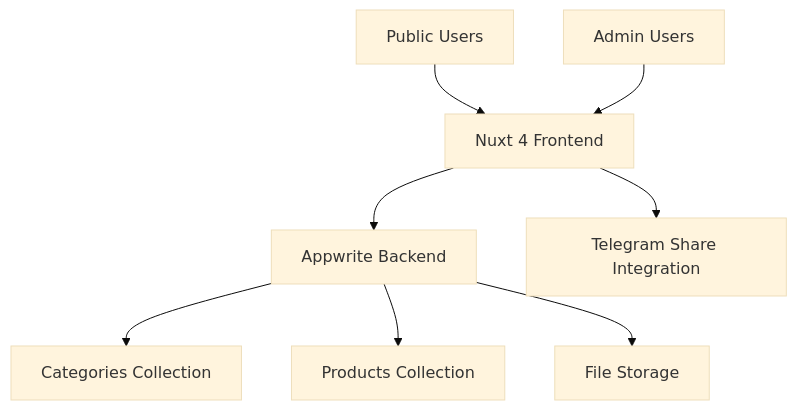
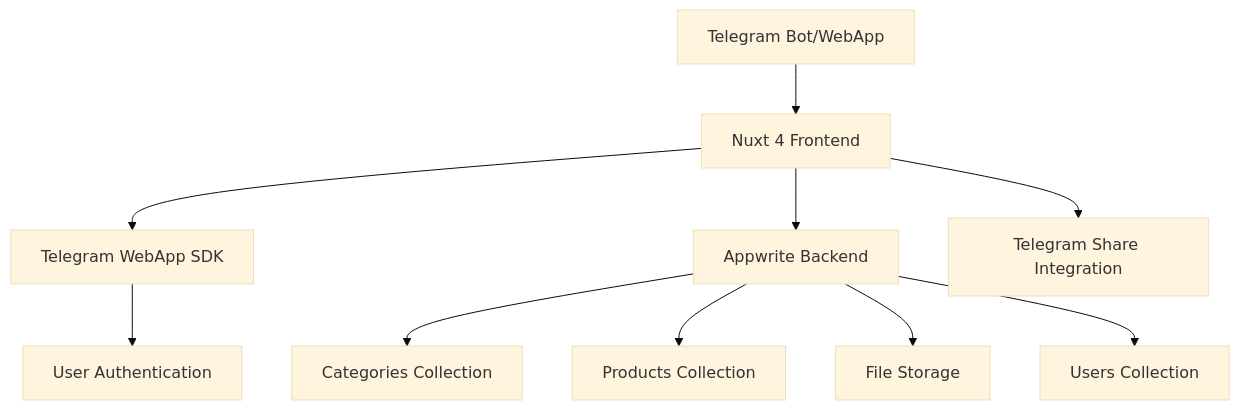
The diagram in .kiro/specs/tma-catalog/design.md (s4m5apu3l/nuxt-tma-catalog), drawn with Mermaid (base theme) before and after one commit. The commit also changed other lines of this file and 18 other files, not shown here.

Commit message:
feat: add vue-tg and auth with vue web app

````diff
--- a/.kiro/specs/tma-catalog/design.md
+++ b/.kiro/specs/tma-catalog/design.md
@@ -11,10 +11,12 @@
 ```mermaid
 graph TB
-    A[Public Users] --> B[Nuxt 4 Frontend]
-    C[Admin Users] --> B
+    A[Telegram Bot/WebApp] --> B[Nuxt 4 Frontend]
+    B --> C[Telegram WebApp SDK]
     B --> D[Appwrite Backend]
     B --> E[Telegram Share Integration]
-    D --> F[Categories Collection]
-    D --> G[Products Collection]
-    D --> H[File Storage]
+    C --> F[User Authentication]
+    D --> G[Categories Collection]
+    D --> H[Products Collection]
+    D --> I[File Storage]
+    D --> J[Users Collection]
 ```
````
